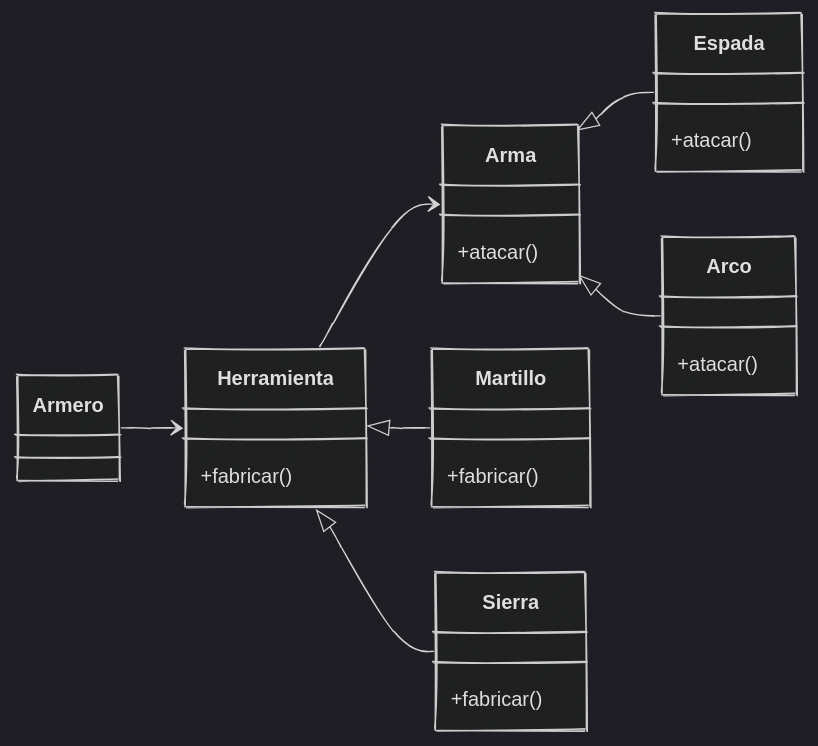
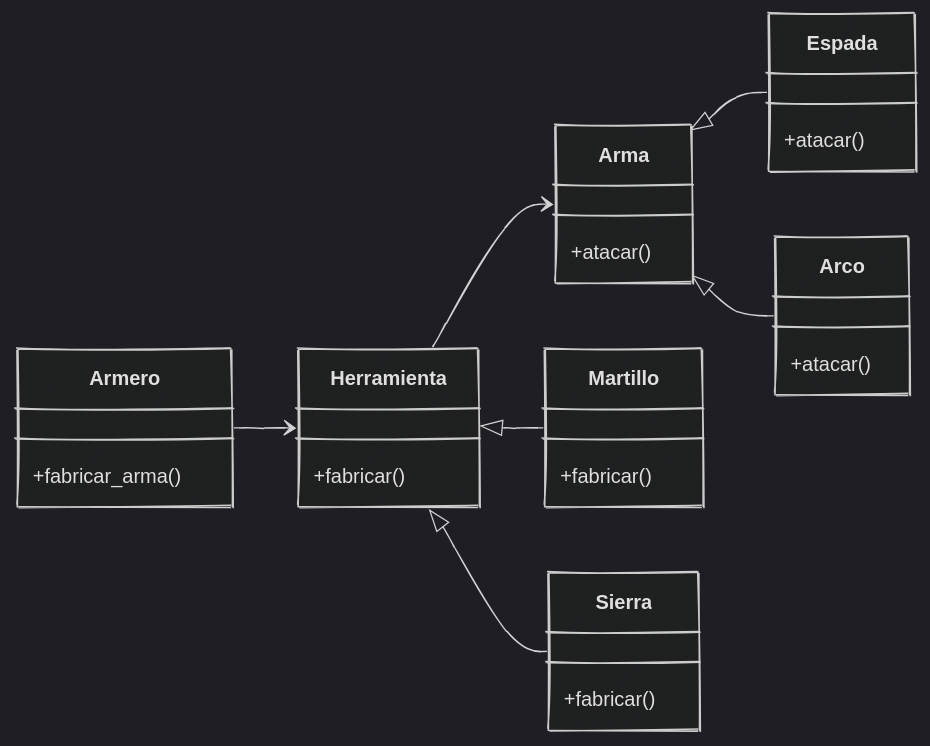
Before and after one commit to python-la-paz/python-study-group-oop: the fifth of 5 diagrams in content/sesion10/Readme.md, drawn with Mermaid.

````diff
--- a/content/sesion10/Readme.md
+++ b/content/sesion10/Readme.md
@@ -717,31 +717,32 @@
 ```mermaid
 %%{init: {"theme": "dark", "look": "handDrawn"}}%%
 classDiagram
 direction LR
     class Arma {
         +atacar()
     }
     class Espada {
         +atacar()
     }
     class Arco {
         +atacar()
     }
     class Herramienta {
         +fabricar()
     }
     class Martillo {
         +fabricar()
     }
     class Sierra {
         +fabricar()
     }
     class Armero {
+        +fabricar_arma()
     }
     Arma <|-- Espada
     Arma <|-- Arco
     Herramienta <|-- Martillo
     Herramienta <|-- Sierra
     Herramienta --> Arma
     Armero --> Herramienta
 ```
````
